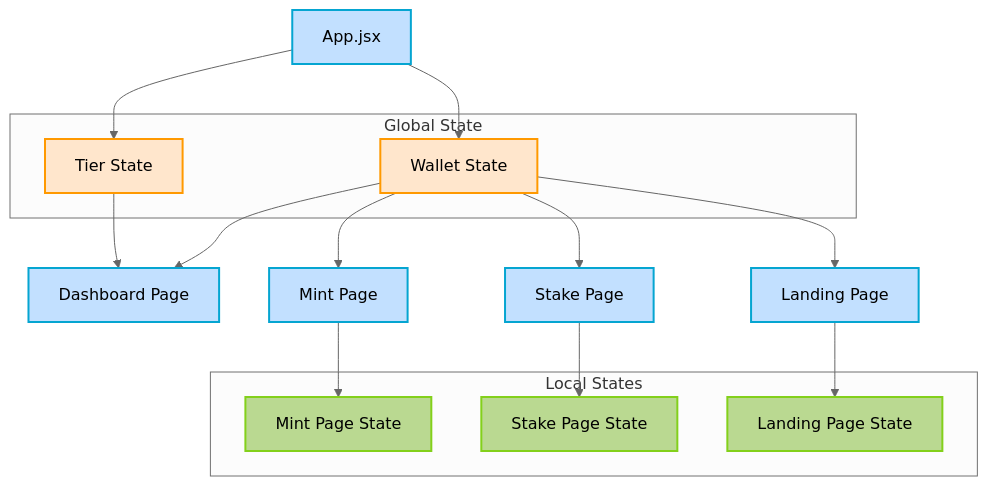
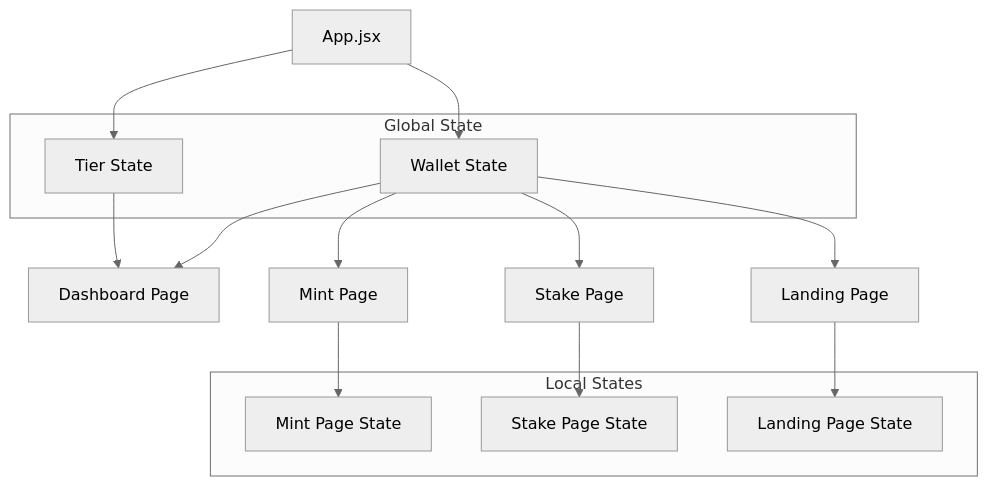
Before and after one commit to jmakwana01/InsightTiers: the fifth of 10 diagrams in README.md, drawn with Mermaid (neutral theme).

Commit message:
remove unused class definitions from Mermaid diagram in README.md

````diff
--- a/README.md
+++ b/README.md
@@ -264,38 +264,35 @@
 ```mermaid
 graph TD
     App[App.jsx]
     DP[Dashboard Page]
     MP[Mint Page]
     SP[Stake Page]
     LP[Landing Page]
     
     subgraph "Global State"
         WS[Wallet State]
         TS[Tier State]
     end
     
     subgraph "Local States"
         MPS[Mint Page State]
         SPS[Stake Page State]
         LPS[Landing Page State]
     end
     
     App --> WS
     App --> TS
     WS --> DP
     WS --> MP
     WS --> SP
     WS --> LP
     TS --> DP
     MP --> MPS
     SP --> SPS
     LP --> LPS
     
-    classDef globalState fill:#ffe6cc,stroke:#ff9900,stroke-width:2px;
-    classDef localState fill:#bad991,stroke:#83d01b,stroke-width:2px;
-    classDef component fill:#c2e0ff,stroke:#05a5d1,stroke-width:2px;
     
     class WS,TS globalState;
     class MPS,SPS,LPS localState;
     class App,DP,MP,SP,LP component;
 ```
````
